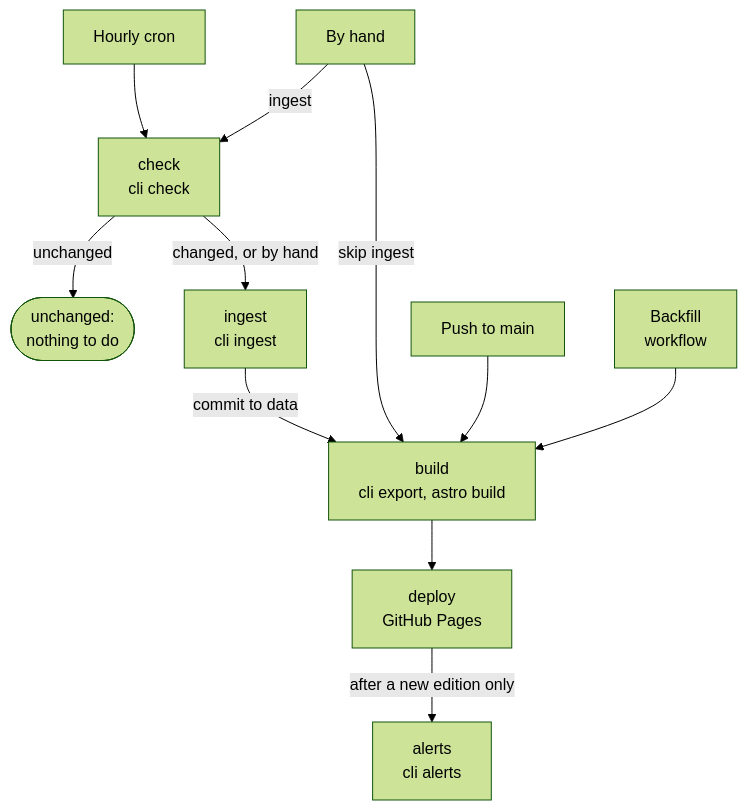
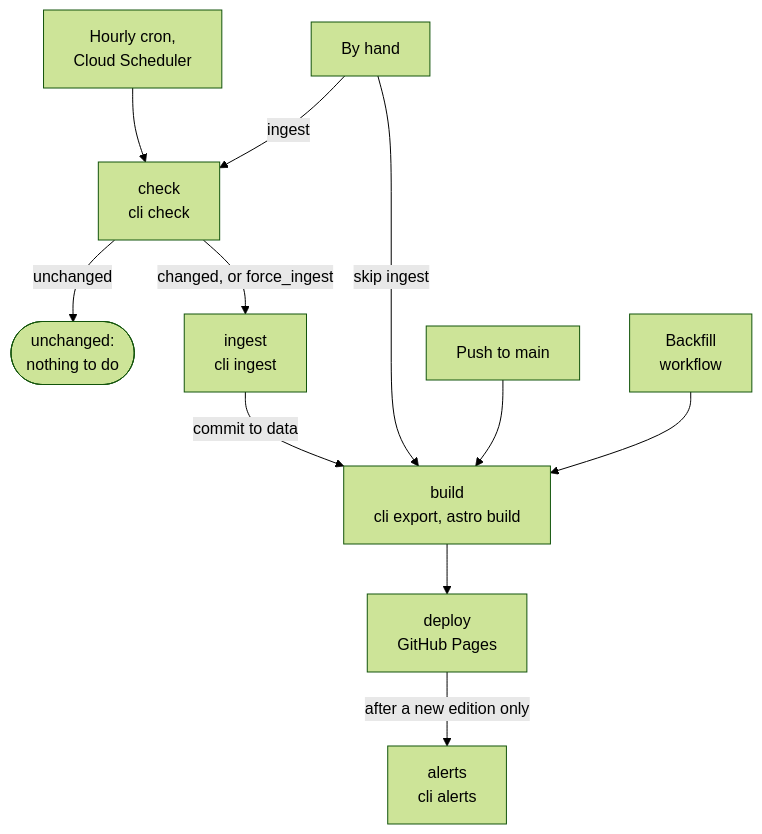
One commit to jsturgis/the_list changed the fifth of 6 diagrams in docs/guide/architecture.md. Above: the diagram before and after it, drawn with Mermaid (forest theme). The commit also changed other lines of this file and 5 other files, not shown here.

First line of the commit message:
Deploy: hourly dispatch only ingests a changed List; nightly data snapshots

````diff
--- a/docs/guide/architecture.md
+++ b/docs/guide/architecture.md
@@ -188,25 +190,25 @@
 ```mermaid
 flowchart TD
   accTitle: When the Deploy workflow runs
-  accDescr: The hourly cron and a manual run start the check job; a changed List, or any manual run, goes on to the ingest job, and an unchanged List on the cron ends the run. A manual run that skips ingestion, a push to main and the Backfill workflow start at the build job. Build is followed by deploy, and deploy by alerts, but only after the ingest of a new edition.
-  cron["Hourly cron"]
+  accDescr: The hourly cron, Cloud Scheduler's hourly dispatch and a manual run start the check job; a changed List, or a manual run with force_ingest, goes on to the ingest job, and an unchanged List otherwise ends the run. A manual run that skips ingestion, a push to main and the Backfill workflow start at the build job. Build is followed by deploy, and deploy by alerts, but only after the ingest of a new edition.
+  cron["Hourly cron,<br/>Cloud Scheduler"]
   manual["By hand"]
   check["check<br/>cli check"]
   done(["unchanged:<br/>nothing to do"])
   ingest["ingest<br/>cli ingest"]
   push["Push to main"]
   backfillWf["Backfill<br/>workflow"]
   build["build<br/>cli export, astro build"]
   deploy["deploy<br/>GitHub Pages"]
   alerts["alerts<br/>cli alerts"]
   cron --> check
   manual -->|"ingest"| check
-  check -->|"changed, or by hand"| ingest
+  check -->|"changed, or force_ingest"| ingest
   check -->|"unchanged"| done
   ingest -->|"commit to data"| build
   manual -->|"skip ingest"| build
   push --> build
   backfillWf --> build
   build --> deploy
   deploy -->|"after a new edition only"| alerts
 ```
````
